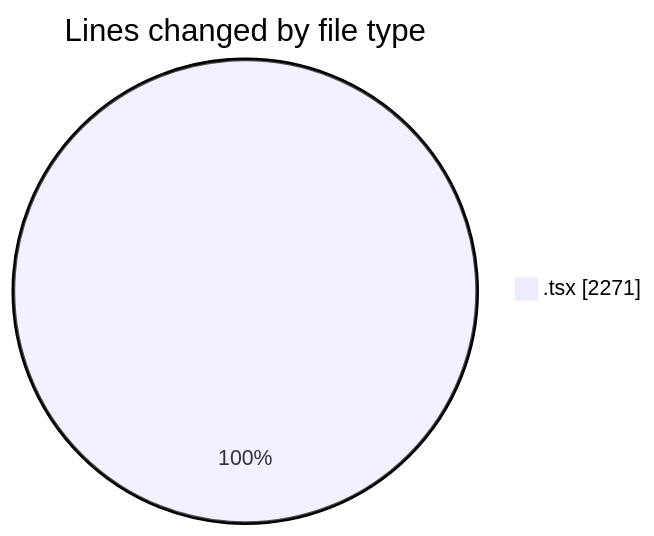
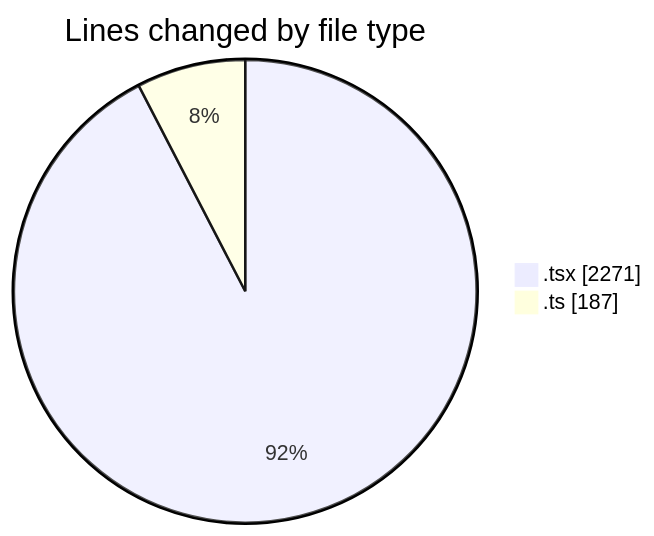
Before and after one commit to nxtqubesakshisongat/code-tracking: the first of 2 diagrams in 2026-02-10/nxtqube_webapp/README.md, drawn with Mermaid. The commit also changed other lines of this file and 1 other file, not shown here.

````diff
--- a/2026-02-10/nxtqube_webapp/README.md
+++ b/2026-02-10/nxtqube_webapp/README.md
@@ -23,5 +25,6 @@
 ```mermaid
 pie showData
 title Lines changed by file type
 ".tsx" : 2271
+".ts" : 187
 ```
````
